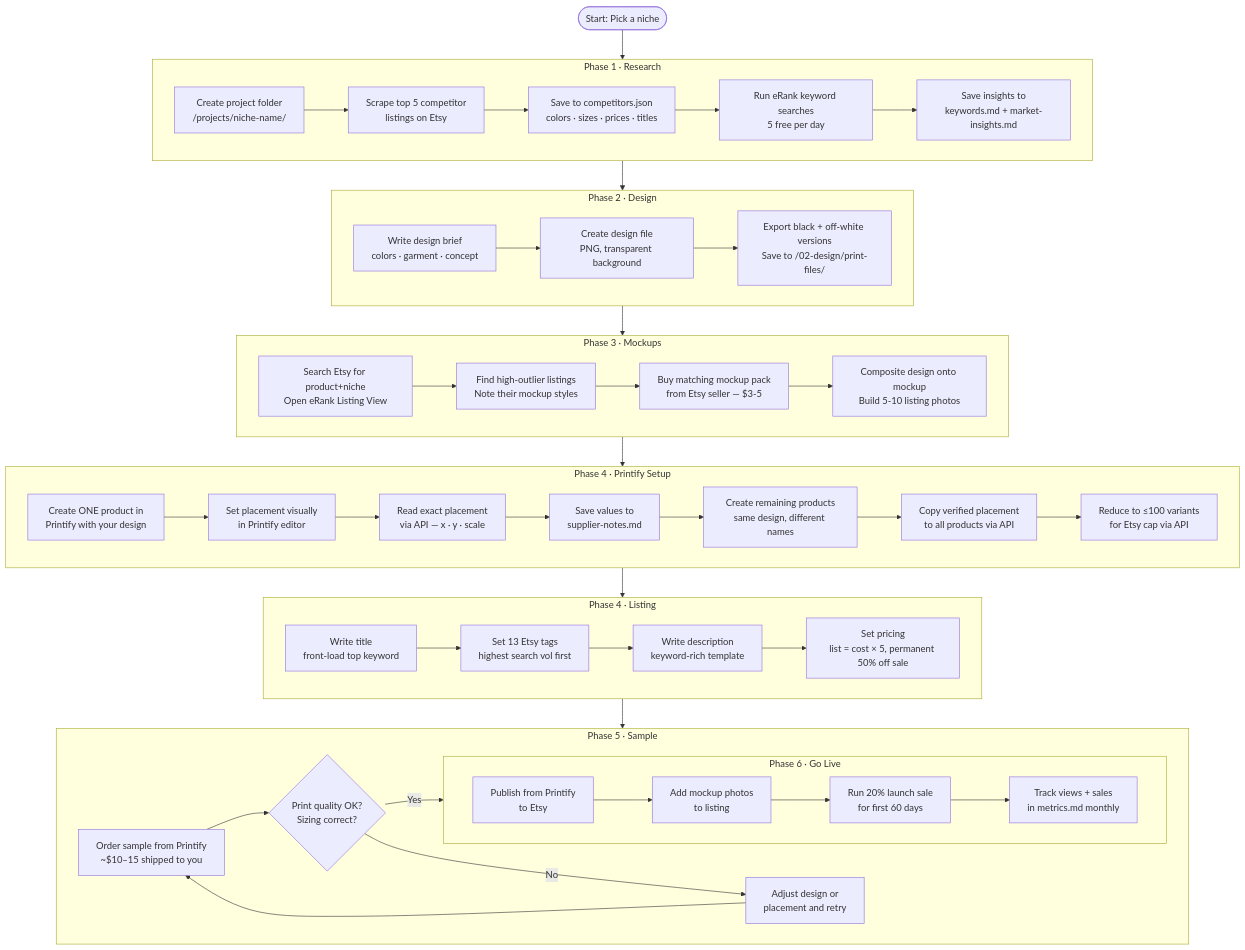
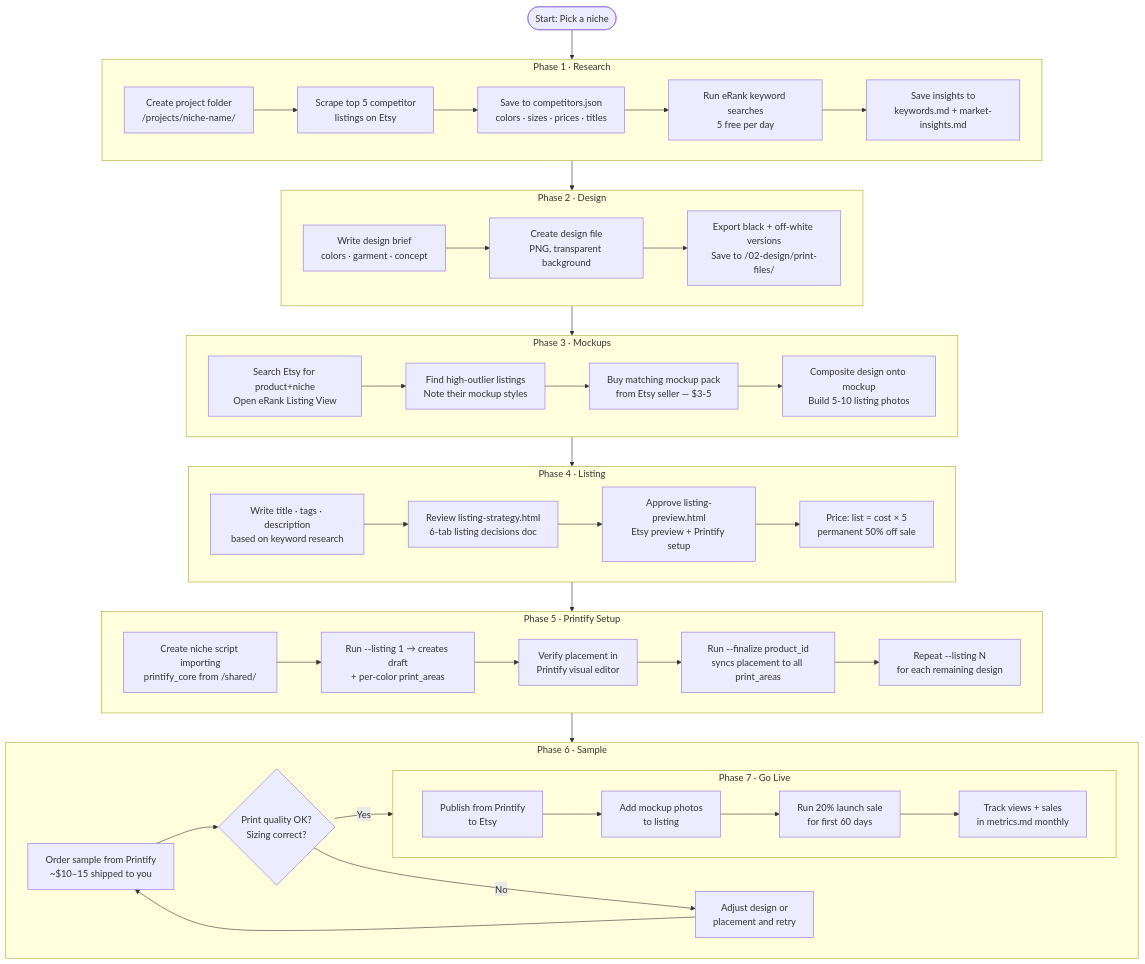
One commit to kennymatthew/etsy-pod-launcher changed the diagram in README.md. Above: the diagram before and after it, drawn with Mermaid. The commit also changed other lines of this file and 6 other files, not shown here.

First line of the commit message:
Add shared Printify library, script-driven workflow, and updated docs

````diff
--- a/README.md
+++ b/README.md
@@ -41,59 +41,57 @@
 ```mermaid
 flowchart TD
     START([Start: Pick a niche]) --> P1
 
     subgraph P1 [Phase 1 · Research]
         R1[Create project folder\n/projects/niche-name/] --> R2
         R2[Scrape top 5 competitor\nlistings on Etsy] --> R3
         R3[Save to competitors.json\ncolors · sizes · prices · titles] --> R4
         R4[Run eRank keyword searches\n5 free per day] --> R5
         R5[Save insights to\nkeywords.md + market-insights.md]
     end
 
     subgraph P2 [Phase 2 · Design]
         D1[Write design brief\ncolors · garment · concept] --> D2
         D2[Create design file\nPNG, transparent background] --> D3
         D3[Export black + off-white versions\nSave to /02-design/print-files/]
     end
 
     subgraph P2B [Phase 3 · Mockups]
         M1[Search Etsy for product+niche\nOpen eRank Listing View] --> M2
         M2[Find high-outlier listings\nNote their mockup styles] --> M3
         M3[Buy matching mockup pack\nfrom Etsy seller — $3-5] --> M4
         M4[Composite design onto mockup\nBuild 5-10 listing photos]
     end
 
-    subgraph P3 [Phase 4 · Printify Setup]
-        PR1[Create ONE product in\nPrintify with your design] --> PR2
-        PR2[Set placement visually\nin Printify editor] --> PR3
-        PR3[Read exact placement\nvia API — x · y · scale] --> PR4
-        PR4[Save values to\nsupplier-notes.md] --> PR5
-        PR5[Create remaining products\nsame design, different names] --> PR6
-        PR6[Copy verified placement\nto all products via API] --> PR7
-        PR7[Reduce to ≤100 variants\nfor Etsy cap via API]
+    subgraph P3 [Phase 4 · Listing]
+        L1[Write title · tags · description\nbased on keyword research] --> L2
+        L2[Review listing-strategy.html\n6-tab listing decisions doc] --> L3
+        L3[Approve listing-preview.html\nEtsy preview + Printify setup] --> L4
+        L4[Price: list = cost × 5\npermanent 50% off sale]
     end
 
-    subgraph P4 [Phase 4 · Listing]
-        L1[Write title\nfront-load top keyword] --> L2
-        L2[Set 13 Etsy tags\nhighest search vol first] --> L3
-        L3[Write description\nkeyword-rich template] --> L4
-        L4[Set pricing\nlist = cost × 5, permanent 50% off sale]
+    subgraph P4 [Phase 5 · Printify Setup]
+        PR1[Create niche script importing\nprintify_core from /shared/] --> PR2
+        PR2[Run --listing 1 → creates draft\n+ per-color print_areas] --> PR3
+        PR3[Verify placement in\nPrintify visual editor] --> PR4
+        PR4[Run --finalize product_id\nsyncs placement to all print_areas] --> PR5
+        PR5[Repeat --listing N\nfor each remaining design]
     end
 
-    subgraph P5 [Phase 5 · Sample]
+    subgraph P5 [Phase 6 · Sample]
         S1[Order sample from Printify\n~$10–15 shipped to you] --> S2
         S2{Print quality OK?\nSizing correct?}
         S2 -->|Yes| P6
         S2 -->|No| S3
         S3[Adjust design or\nplacement and retry] --> S1
     end
 
-    subgraph P6 [Phase 6 · Go Live]
+    subgraph P6 [Phase 7 · Go Live]
         G1[Publish from Printify\nto Etsy] --> G2
         G2[Add mockup photos\nto listing] --> G3
         G3[Run 20% launch sale\nfor first 60 days] --> G4
         G4[Track views + sales\nin metrics.md monthly]
     end
 
     P1 --> P2 --> P2B --> P3 --> P4 --> P5
 ```
````
